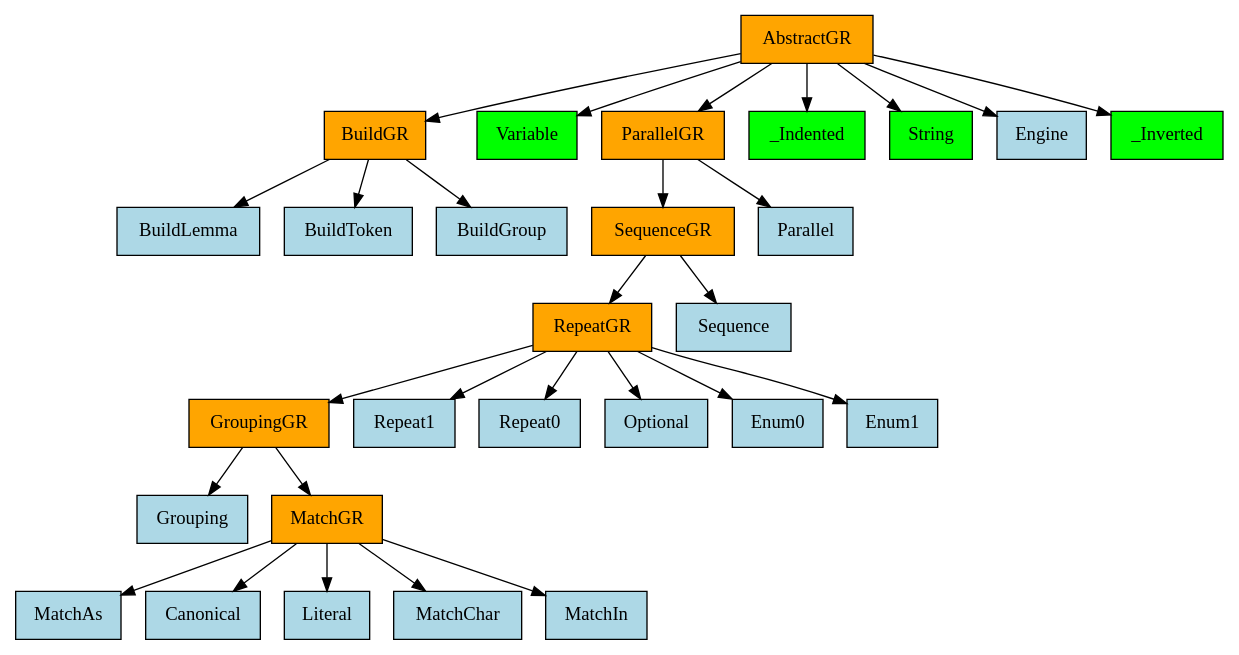
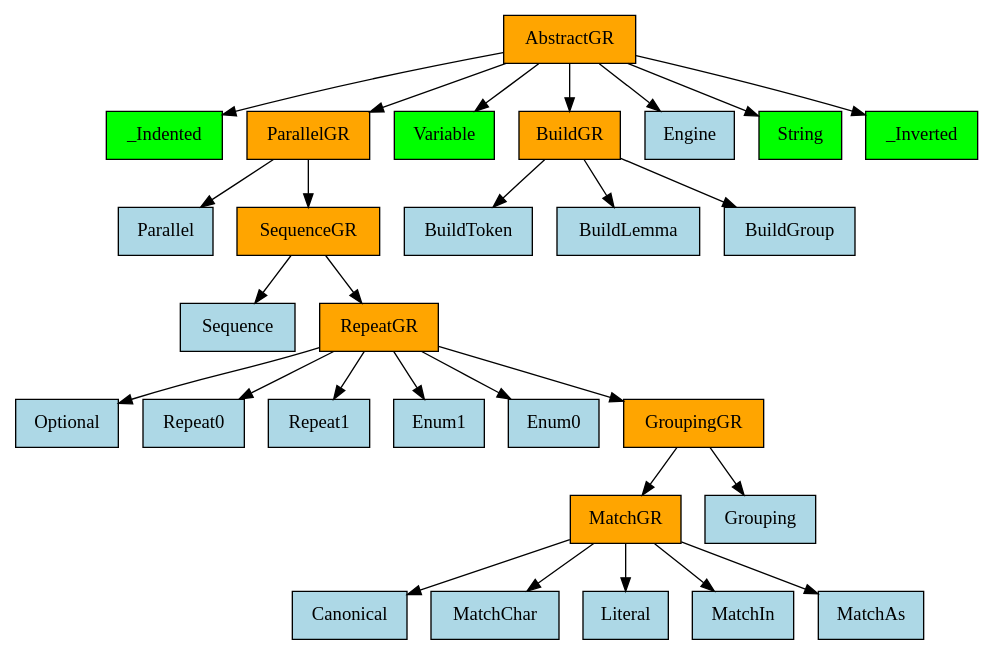
Before and after one commit to GabrielAmare/Language: the diagram in language/base/bnf/v0_0_1/core/mro_graph.gv, drawn with Graphviz. The commit also changed 5 other files, not shown here.

```diff
--- a/language/base/bnf/v0_0_1/core/mro_graph.gv
+++ b/language/base/bnf/v0_0_1/core/mro_graph.gv
@@ -1,57 +1,57 @@
 digraph {
 	0 [label=AbstractGR fillcolor=orange shape=rect style=filled]
-	1 [label=BuildGR fillcolor=orange shape=rect style=filled]
-	2 [label=Variable fillcolor=lime shape=rect style=filled]
-	3 [label=ParallelGR fillcolor=orange shape=rect style=filled]
-	4 [label=_Indented fillcolor=lime shape=rect style=filled]
-	5 [label=String fillcolor=lime shape=rect style=filled]
-	6 [label=Engine fillcolor=lightblue shape=rect style=filled]
+	1 [label=_Indented fillcolor=lime shape=rect style=filled]
+	2 [label=ParallelGR fillcolor=orange shape=rect style=filled]
+	3 [label=Variable fillcolor=lime shape=rect style=filled]
+	4 [label=BuildGR fillcolor=orange shape=rect style=filled]
+	5 [label=Engine fillcolor=lightblue shape=rect style=filled]
+	6 [label=String fillcolor=lime shape=rect style=filled]
 	7 [label=_Inverted fillcolor=lime shape=rect style=filled]
-	8 [label=BuildLemma fillcolor=lightblue shape=rect style=filled]
-	9 [label=BuildToken fillcolor=lightblue shape=rect style=filled]
+	8 [label=BuildToken fillcolor=lightblue shape=rect style=filled]
+	9 [label=BuildLemma fillcolor=lightblue shape=rect style=filled]
 	10 [label=BuildGroup fillcolor=lightblue shape=rect style=filled]
-	11 [label=SequenceGR fillcolor=orange shape=rect style=filled]
-	12 [label=Parallel fillcolor=lightblue shape=rect style=filled]
-	13 [label=RepeatGR fillcolor=orange shape=rect style=filled]
-	14 [label=Sequence fillcolor=lightblue shape=rect style=filled]
-	15 [label=GroupingGR fillcolor=orange shape=rect style=filled]
-	16 [label=Repeat1 fillcolor=lightblue shape=rect style=filled]
-	17 [label=Repeat0 fillcolor=lightblue shape=rect style=filled]
-	18 [label=Optional fillcolor=lightblue shape=rect style=filled]
+	11 [label=Parallel fillcolor=lightblue shape=rect style=filled]
+	12 [label=SequenceGR fillcolor=orange shape=rect style=filled]
+	13 [label=Sequence fillcolor=lightblue shape=rect style=filled]
+	14 [label=RepeatGR fillcolor=orange shape=rect style=filled]
+	15 [label=Optional fillcolor=lightblue shape=rect style=filled]
+	16 [label=Repeat0 fillcolor=lightblue shape=rect style=filled]
+	17 [label=Repeat1 fillcolor=lightblue shape=rect style=filled]
+	18 [label=Enum1 fillcolor=lightblue shape=rect style=filled]
 	19 [label=Enum0 fillcolor=lightblue shape=rect style=filled]
-	20 [label=Enum1 fillcolor=lightblue shape=rect style=filled]
-	21 [label=Grouping fillcolor=lightblue shape=rect style=filled]
-	22 [label=MatchGR fillcolor=orange shape=rect style=filled]
-	23 [label=MatchAs fillcolor=lightblue shape=rect style=filled]
-	24 [label=Canonical fillcolor=lightblue shape=rect style=filled]
+	20 [label=GroupingGR fillcolor=orange shape=rect style=filled]
+	21 [label=MatchGR fillcolor=orange shape=rect style=filled]
+	22 [label=Grouping fillcolor=lightblue shape=rect style=filled]
+	23 [label=Canonical fillcolor=lightblue shape=rect style=filled]
+	24 [label=MatchChar fillcolor=lightblue shape=rect style=filled]
 	25 [label=Literal fillcolor=lightblue shape=rect style=filled]
-	26 [label=MatchChar fillcolor=lightblue shape=rect style=filled]
-	27 [label=MatchIn fillcolor=lightblue shape=rect style=filled]
+	26 [label=MatchIn fillcolor=lightblue shape=rect style=filled]
+	27 [label=MatchAs fillcolor=lightblue shape=rect style=filled]
 	0 -> 1
 	0 -> 2
 	0 -> 3
 	0 -> 4
 	0 -> 5
 	0 -> 6
 	0 -> 7
-	1 -> 8
-	1 -> 9
-	1 -> 10
-	3 -> 11
-	3 -> 12
-	11 -> 13
-	11 -> 14
-	13 -> 15
-	13 -> 16
-	13 -> 17
-	13 -> 18
-	13 -> 19
-	13 -> 20
-	15 -> 21
-	15 -> 22
-	22 -> 23
-	22 -> 24
-	22 -> 25
-	22 -> 26
-	22 -> 27
+	4 -> 8
+	4 -> 9
+	4 -> 10
+	2 -> 11
+	2 -> 12
+	12 -> 13
+	12 -> 14
+	14 -> 15
+	14 -> 16
+	14 -> 17
+	14 -> 18
+	14 -> 19
+	14 -> 20
+	20 -> 21
+	20 -> 22
+	21 -> 23
+	21 -> 24
+	21 -> 25
+	21 -> 26
+	21 -> 27
 }
```
